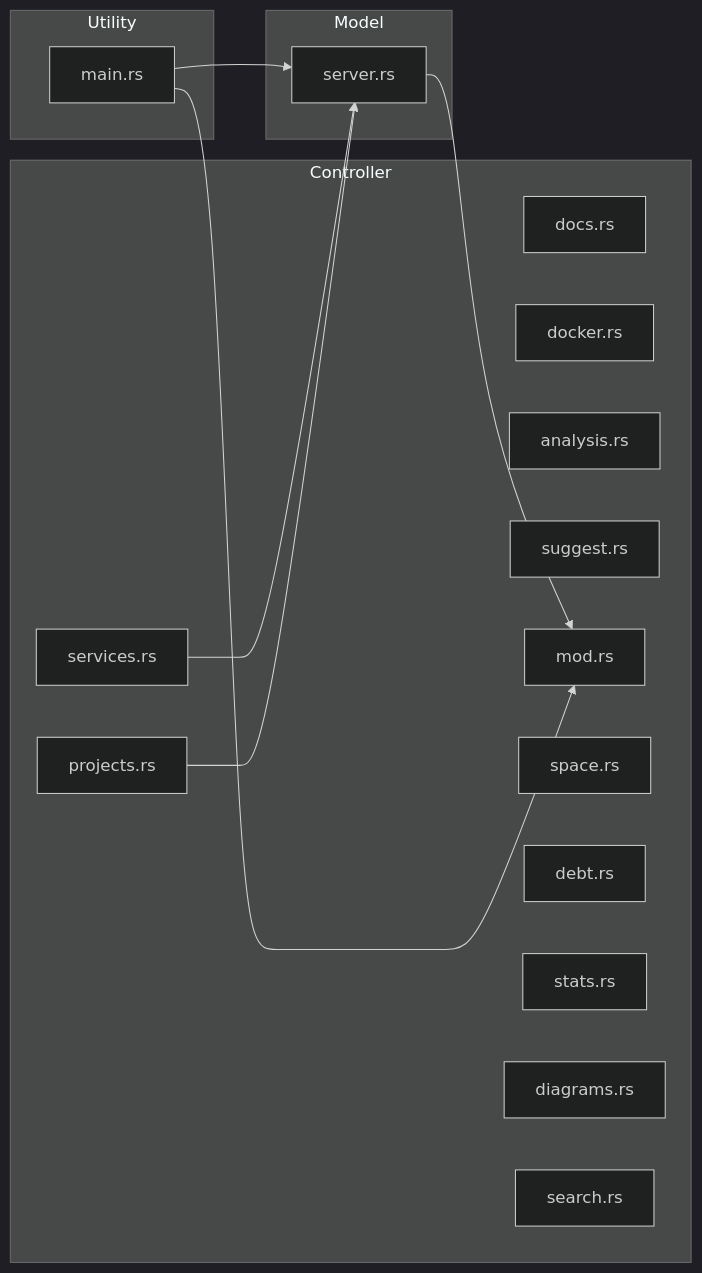
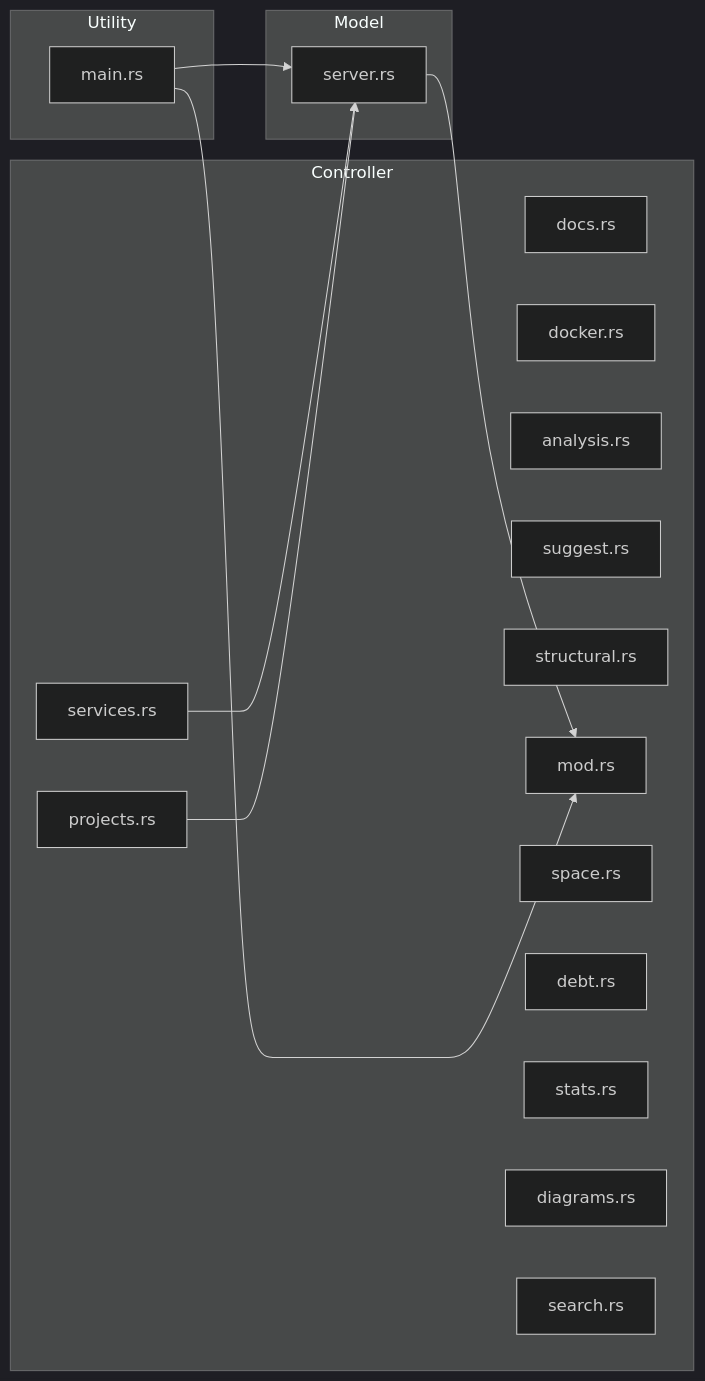
One commit to Mague/void-stack changed the third of 8 diagrams in void-stack-analysis.md. Above: the diagram before and after it, drawn with Mermaid (dark theme). The commit also changed other lines of this file and 15 other files, not shown here.

First line of the commit message:
feat(structural): tree-sitter call graph as optional feature

````diff
--- a/void-stack-analysis.md
+++ b/void-stack-analysis.md
@@ -778,28 +789,29 @@
 ```mermaid
 graph LR
     subgraph controller ["Controller"]
         src_tools_docs_rs["docs.rs"]
         src_tools_docker_rs["docker.rs"]
         src_tools_analysis_rs["analysis.rs"]
         src_tools_suggest_rs["suggest.rs"]
+        src_tools_structural_rs["structural.rs"]
         src_tools_services_rs["services.rs"]
         src_tools_mod_rs["mod.rs"]
         src_tools_space_rs["space.rs"]
         src_tools_debt_rs["debt.rs"]
         src_tools_projects_rs["projects.rs"]
         src_tools_stats_rs["stats.rs"]
         src_tools_diagrams_rs["diagrams.rs"]
         src_tools_search_rs["search.rs"]
     end
     subgraph model ["Model"]
         src_server_rs["server.rs"]
     end
     subgraph utility ["Utility"]
         src_main_rs["main.rs"]
     end
     src_tools_services_rs --> src_server_rs
     src_tools_projects_rs --> src_server_rs
     src_server_rs --> src_tools_mod_rs
     src_main_rs --> src_tools_mod_rs
     src_main_rs --> src_server_rs
 ```
````
